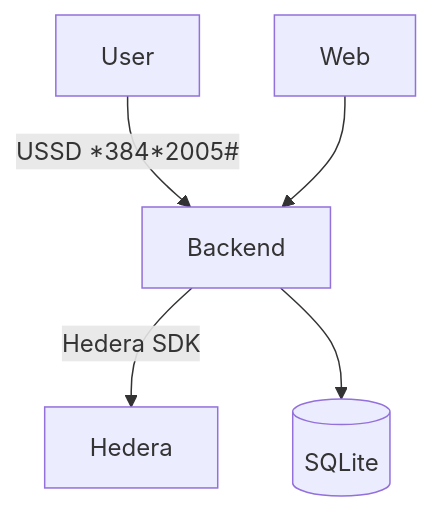
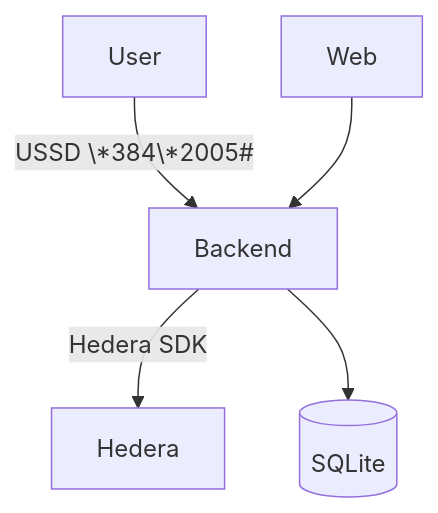
One commit to Modexia-Tech/hflow changed the diagram in README.md. Above: the diagram before and after it, drawn with Mermaid.

````diff
--- a/README.md
+++ b/README.md
@@ -57,7 +57,7 @@
 ```mermaid
 flowchart TB
-    User -->|USSD *384*2005#| Backend
+    User -->|USSD \*384\*2005#| Backend
     Backend -->|Hedera SDK| Hedera
     Backend --> DB[(SQLite)]
     Web --> Backend
 ```
````
